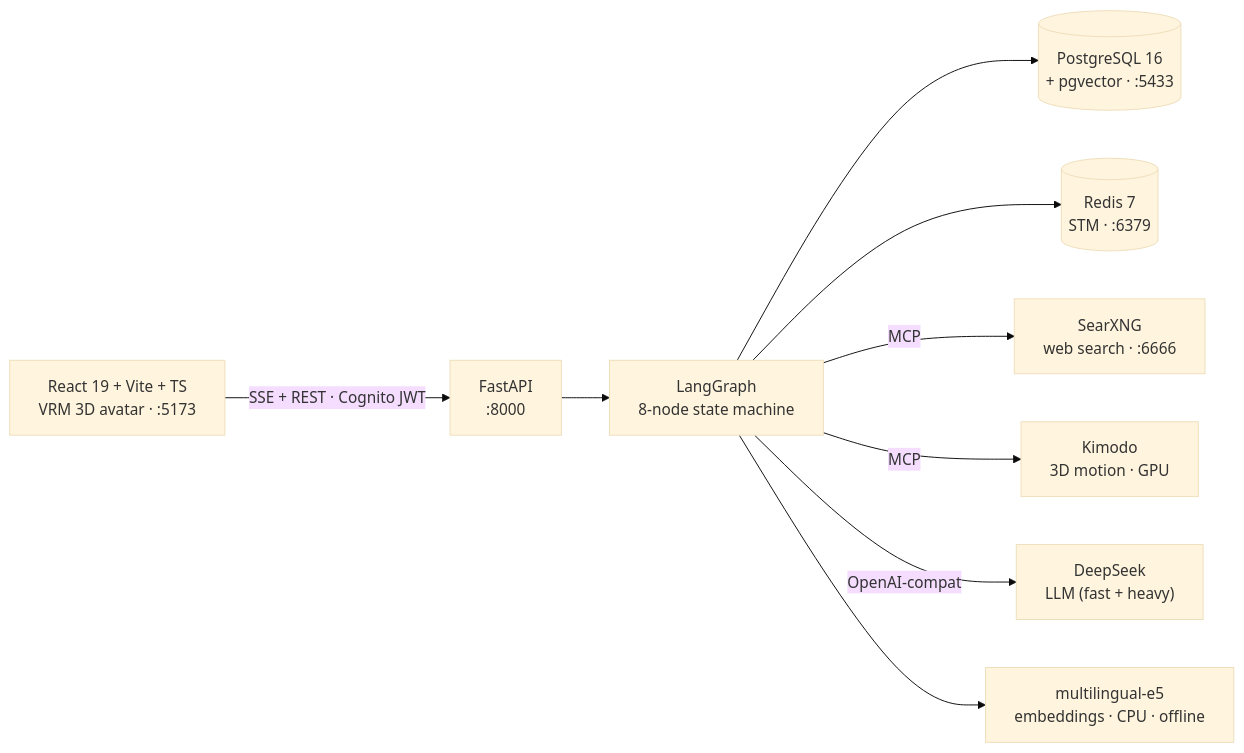
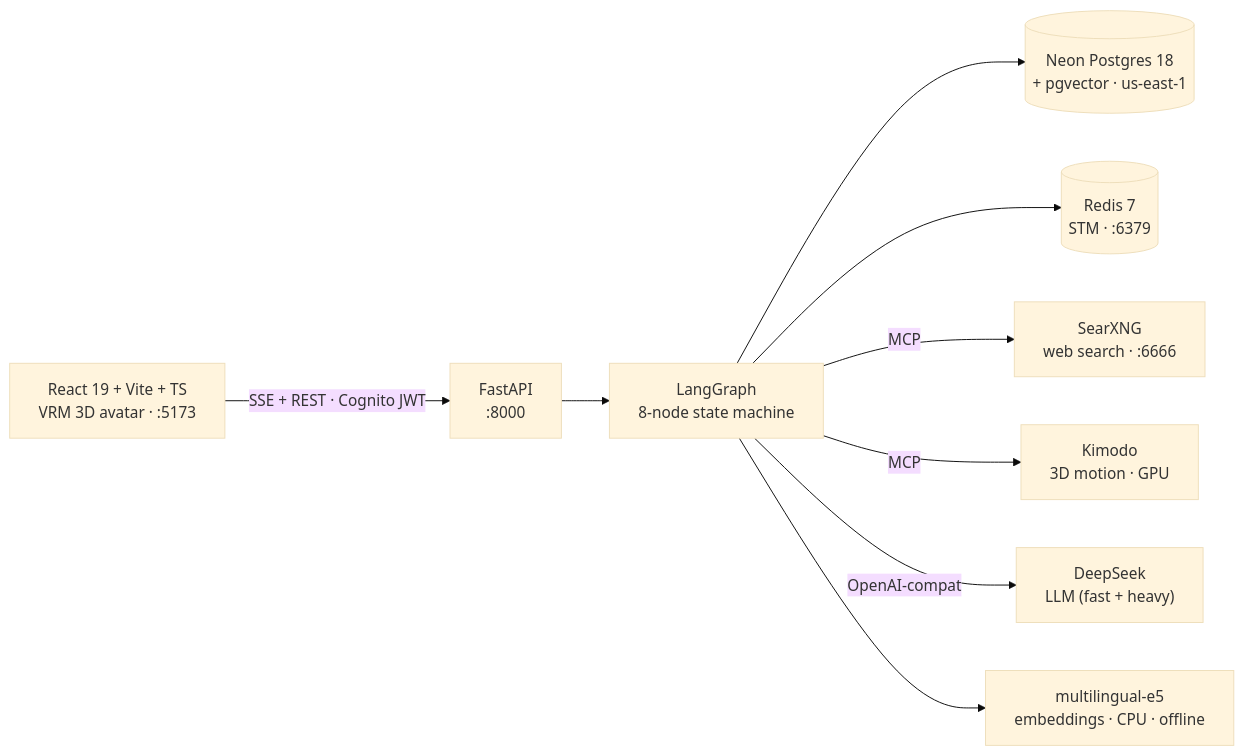
The second of 2 diagrams in README.md (Beginner-Mon/ProjectECA), drawn with Mermaid (base theme) before and after one commit. The commit also changed other lines of this file, not shown here.

First line of the commit message:
docs(readme): correct the roadmap and the stack rows against release

````diff
--- a/README.md
+++ b/README.md
@@ -88,11 +88,11 @@
 ```mermaid
 flowchart LR
     FE["React 19 + Vite + TS<br/>VRM 3D avatar · :5173"] -->|SSE + REST · Cognito JWT| API["FastAPI<br/>:8000"]
     API --> GRAPH["LangGraph<br/>8-node state machine"]
-    GRAPH --> PG[("PostgreSQL 16<br/>+ pgvector · :5433")]
+    GRAPH --> PG[("Neon Postgres 18<br/>+ pgvector · us-east-1")]
     GRAPH --> RD[("Redis 7<br/>STM · :6379")]
     GRAPH -->|MCP| SX["SearXNG<br/>web search · :6666"]
     GRAPH -->|MCP| KM["Kimodo<br/>3D motion · GPU"]
     GRAPH -->|OpenAI-compat| DS["DeepSeek<br/>LLM (fast + heavy)"]
     GRAPH --> EMB["multilingual-e5<br/>embeddings · CPU · offline"]
 ```
````
